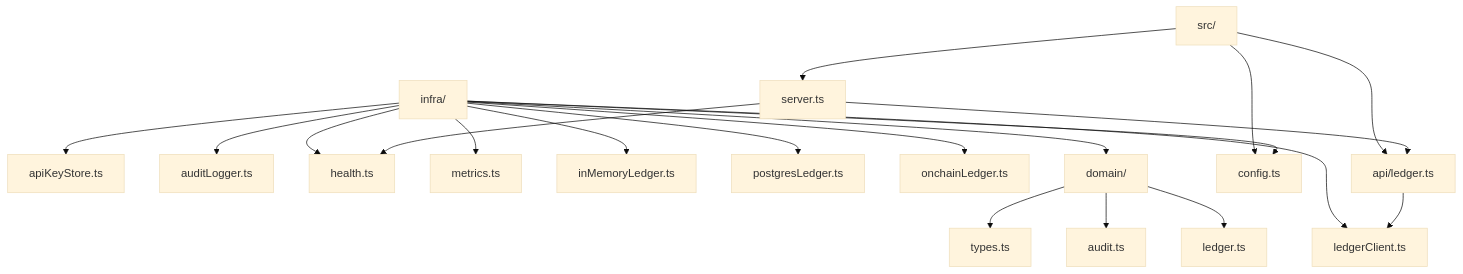
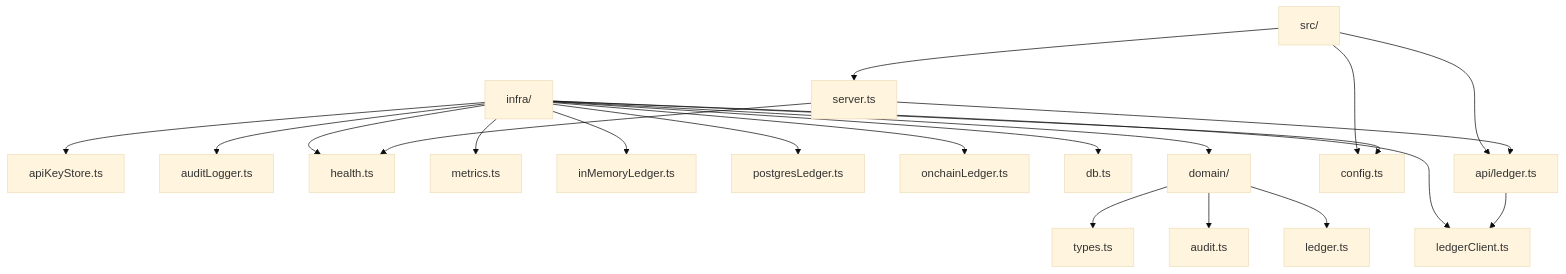
One commit to gaigenticai/escrowgrid changed the first of 10 diagrams in .qoder/repowiki/en/content/Architecture/Backend Architecture/Infrastructure Services/Infrastructure Services.md. Above: the diagram before and after it, drawn with Mermaid (base theme). The commit also changed other lines of this file and 4 other files, not shown here.

````diff
--- a/.qoder/repowiki/en/content/Architecture/Backend Architecture/Infrastructure Services/Infrastructure Services.md
+++ b/.qoder/repowiki/en/content/Architecture/Backend Architecture/Infrastructure Services/Infrastructure Services.md
@@ -37,22 +48,23 @@
 ```mermaid
 graph TD
 infra[infra/] --> apiKeyStore[apiKeyStore.ts]
 infra --> auditLogger[auditLogger.ts]
 infra --> health[health.ts]
 infra --> metrics[metrics.ts]
 infra --> ledgerClient[ledgerClient.ts]
 infra --> inMemoryLedger[inMemoryLedger.ts]
 infra --> postgresLedger[postgresLedger.ts]
 infra --> onchainLedger[onchainLedger.ts]
+infra --> db[db.ts]
 domain[domain/] --> ledger[ledger.ts]
 domain --> audit[audit.ts]
 domain --> types[types.ts]
 src[src/] --> config[config.ts]
 src --> api[api/ledger.ts]
 src --> server[server.ts]
 infra --> domain
 infra --> config
 api --> ledgerClient
 server --> health
 server --> api
 ```
````
